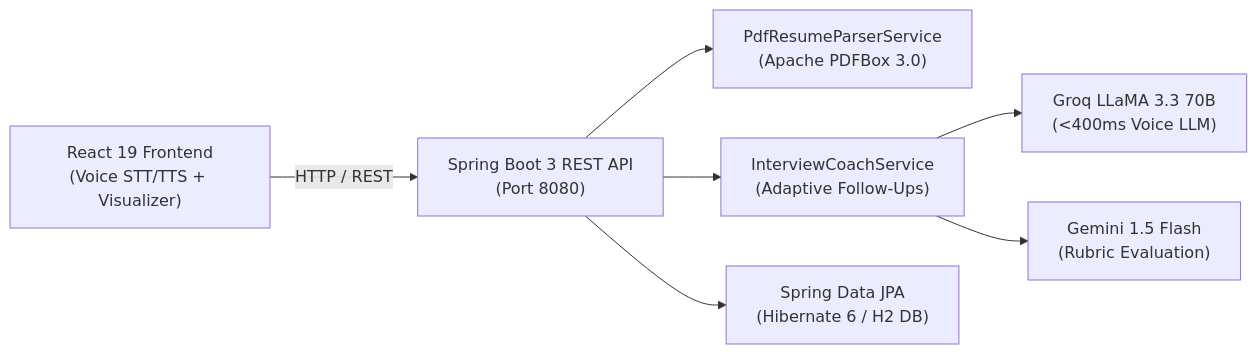
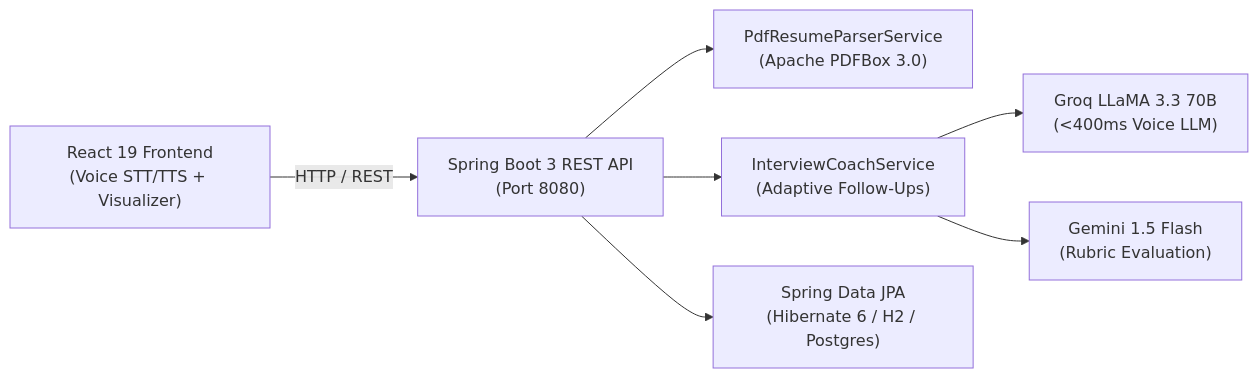
Before and after one commit to prajakta2905/MockMate-AI: the diagram in README.md, drawn with Mermaid. The commit also changed other lines of this file, not shown here.

Commit message:
docs: modernize README with live demo, architecture diagram and interviewer guide

````diff
--- a/README.md
+++ b/README.md
@@ -16,10 +34,10 @@
 ```mermaid
 flowchart LR
     A["React 19 Frontend\n(Voice STT/TTS + Visualizer)"] 
     -->|HTTP / REST| B["Spring Boot 3 REST API\n(Port 8080)"]
     B --> C["PdfResumeParserService\n(Apache PDFBox 3.0)"]
     B --> D["InterviewCoachService\n(Adaptive Follow-Ups)"]
-    B --> E["Spring Data JPA\n(Hibernate 6 / H2 DB)"]
+    B --> E["Spring Data JPA\n(Hibernate 6 / H2 / Postgres)"]
     D --> F["Groq LLaMA 3.3 70B\n(<400ms Voice LLM)"]
     D --> G["Gemini 1.5 Flash\n(Rubric Evaluation)"]
 ```
````
